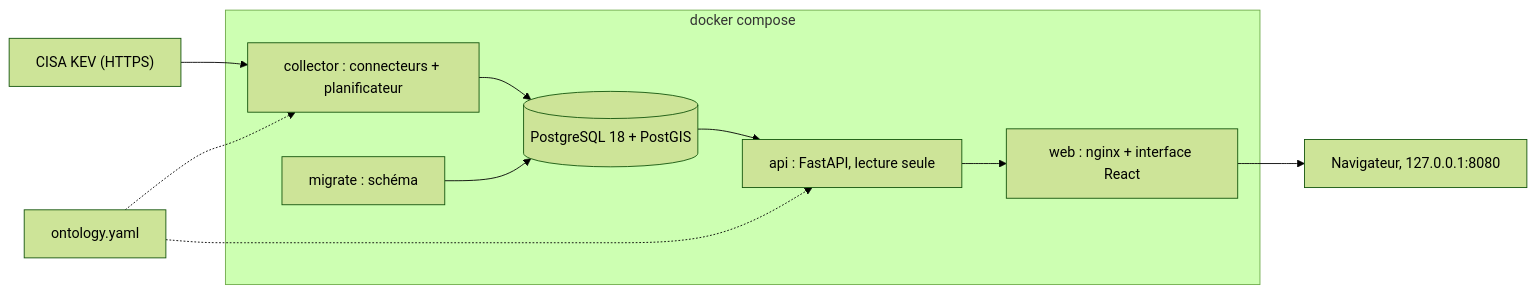
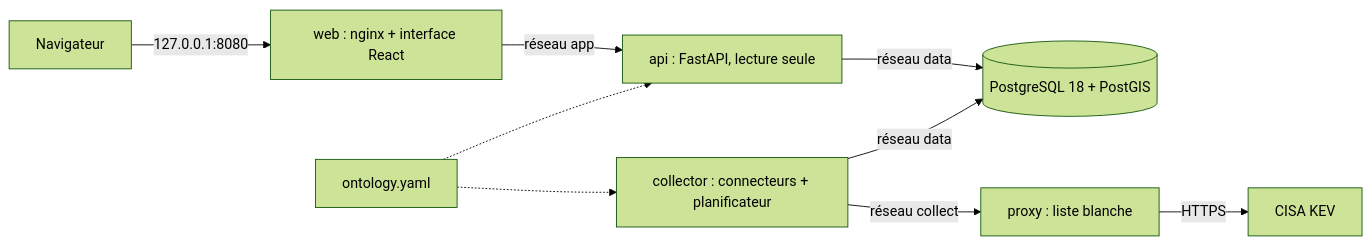
One commit to tamalou25/estran changed the diagram in README.md. Above: the diagram before and after it, drawn with Mermaid (forest theme). The commit also changed other lines of this file and 35 other files, not shown here.

````diff
--- a/README.md
+++ b/README.md
@@ -66,13 +70,11 @@
 ```mermaid
 flowchart LR
-  KEV["CISA KEV (HTTPS)"] --> COL
-  subgraph Docker["docker compose"]
-    COL["collector : connecteurs + planificateur"] --> DB[("PostgreSQL 18 + PostGIS")]
-    MIG["migrate : schéma"] --> DB
-    DB --> API["api : FastAPI, lecture seule"]
-    API --> WEB["web : nginx + interface React"]
-  end
+  NAV["Navigateur"] -->|"127.0.0.1:8080"| WEB["web : nginx + interface React"]
+  WEB -->|"réseau app"| API["api : FastAPI, lecture seule"]
+  API -->|"réseau data"| DB[("PostgreSQL 18 + PostGIS")]
+  COL["collector : connecteurs + planificateur"] -->|"réseau data"| DB
+  COL -->|"réseau collect"| PX["proxy : liste blanche"]
+  PX -->|"HTTPS"| KEV["CISA KEV"]
   ONT["ontology.yaml"] -.-> COL
   ONT -.-> API
-  WEB --> NAV["Navigateur, 127.0.0.1:8080"]
 ```
````
